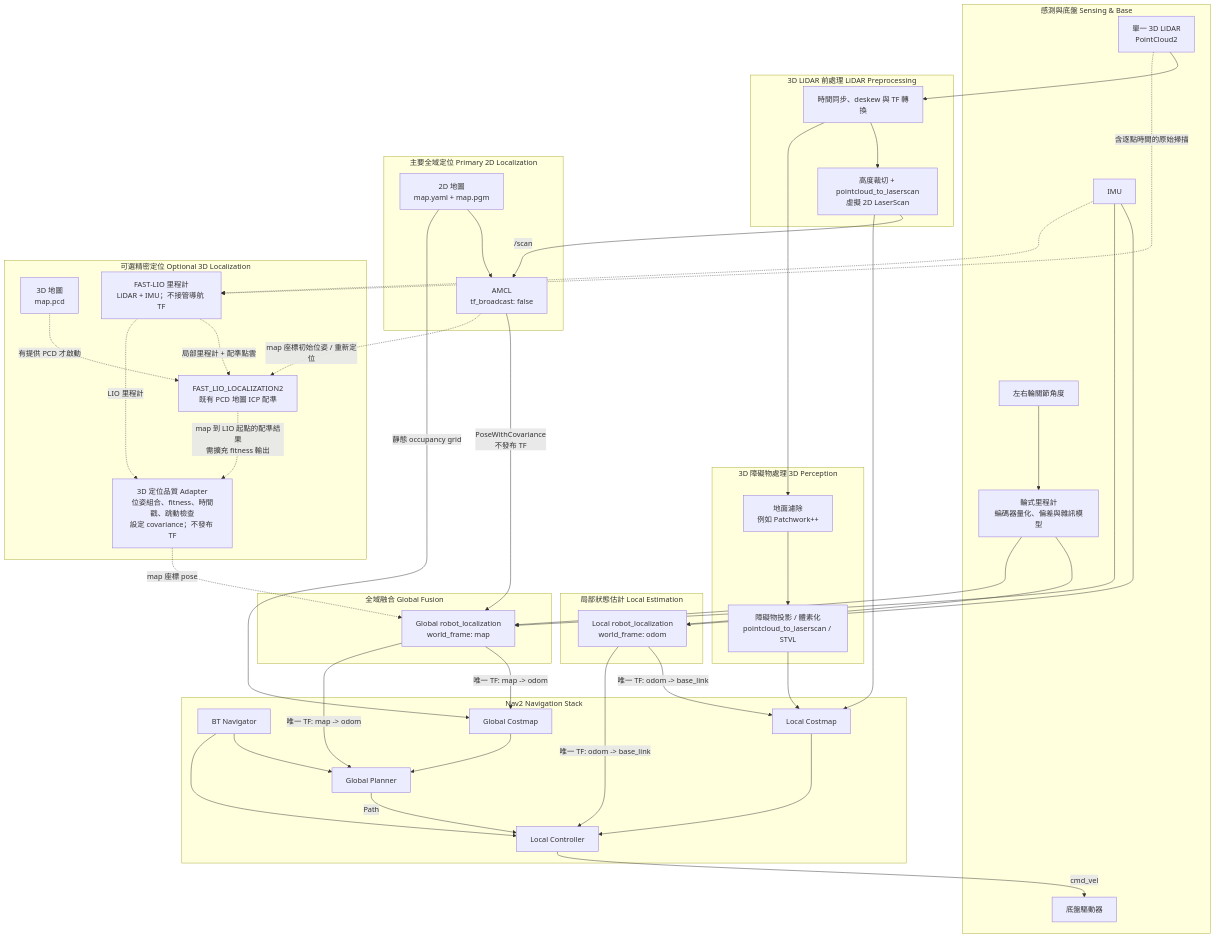
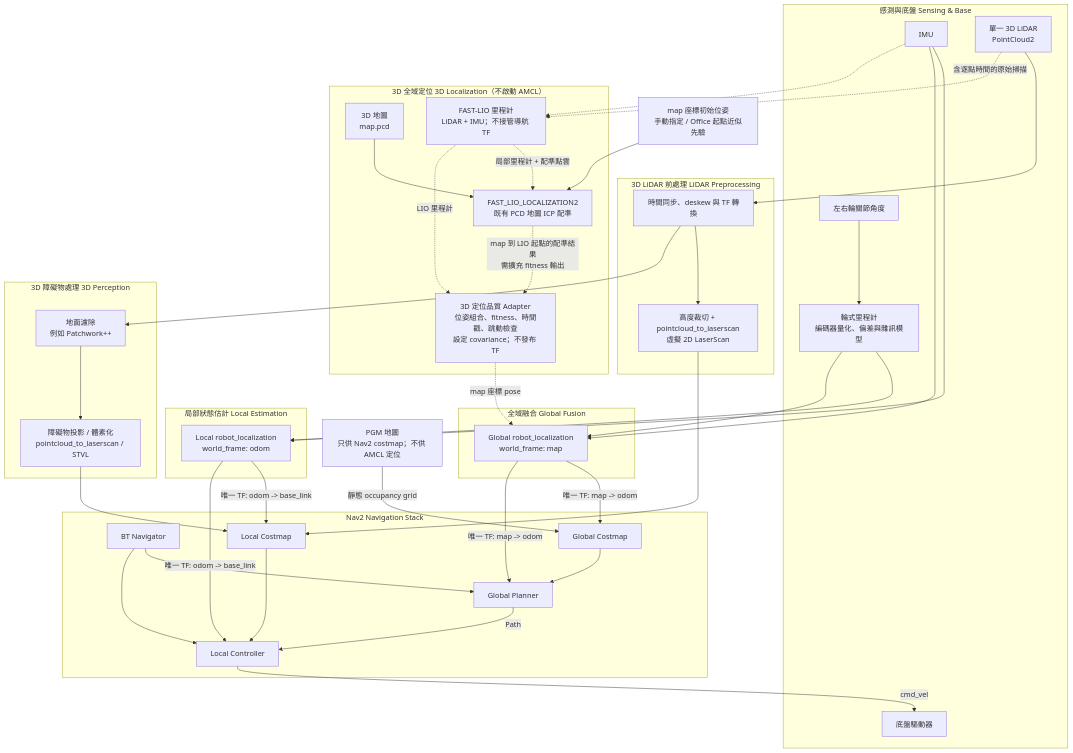
Before and after one commit to piggaycheng/isaacsim_fast-lio2-slam: the second of 2 diagrams in docs/3d_localization.md, drawn with Mermaid. The commit also changed other lines of this file and 1 other file, not shown here.

First line of the commit message:
Document separate 2D and PCD-based navigation modes

```diff
--- a/docs/3d_localization.md
+++ b/docs/3d_localization.md
@@ -42,19 +71,16 @@
         LocalEKF["Local robot_localization<br/>world_frame: odom"]
     end
 
-    %% -------------------- 2D 全域定位 --------------------
-    subgraph Localization2D ["主要全域定位 Primary 2D Localization"]
-        PGM["2D 地圖<br/>map.yaml + map.pgm"]
-        AMCL["AMCL<br/>tf_broadcast: false"]
-    end
-
-    %% -------------------- 可選 3D 全域定位 --------------------
-    subgraph Localization3D ["可選精密定位 Optional 3D Localization"]
+    %% -------------------- 3D 全域定位 --------------------
+    subgraph Localization3D ["3D 全域定位 3D Localization（不啟動 AMCL）"]
         PCD["3D 地圖<br/>map.pcd"]
         FastLIO["FAST-LIO 里程計<br/>LiDAR + IMU；不接管導航 TF"]
         FastLIOLocalization["FAST_LIO_LOCALIZATION2<br/>既有 PCD 地圖 ICP 配準"]
         FastLIOAdapter["3D 定位品質 Adapter<br/>位姿組合、fitness、時間戳、跳動檢查<br/>設定 covariance；不發布 TF"]
     end
+
+    %% -------------------- 2D 導航地圖 --------------------
+    PGM["PGM 地圖<br/>只供 Nav2 costmap；不供 AMCL 定位"]
 
     %% -------------------- 全域融合 --------------------
     subgraph GlobalFusion ["全域融合 Global Fusion"]
@@ -85,18 +111,13 @@
     LocalEKF -->|"唯一 TF: odom -> base_link"| LocalCostmap
     LocalEKF -->|"唯一 TF: odom -> base_link"| LocalController
 
-    %% AMCL 永遠作為主要全域定位
-    PGM --> AMCL
-    ScanProjection -->|"/scan"| AMCL
-    AMCL -->|"PoseWithCovariance<br/>不發布 TF"| GlobalEKF
-
-    %% 有 PCD 時才啟動的 FAST-LIO 全域定位分支
-    PCD -.->|"有提供 PCD 才啟動"| FastLIOLocalization
+    %% PCD 配準提供唯一的全域定位觀測
+    PCD --> FastLIOLocalization
     Lidar3D --> Deskew
     Lidar3D -.->|"含逐點時間的原始掃描"| FastLIO
     IMU -.-> FastLIO
     FastLIO -.->|"局部里程計 + 配準點雲"| FastLIOLocalization
-    AMCL -.->|"map 座標初始位姿 / 重新定位"| FastLIOLocalization
+    InitialPose["map 座標初始位姿<br/>手動指定 / Office 起點近似先驗"] --> FastLIOLocalization
     FastLIOLocalization -.->|"map 到 LIO 起點的配準結果<br/>需擴充 fitness 輸出"| FastLIOAdapter
     FastLIO -.->|"LIO 里程計"| FastLIOAdapter
     FastLIOAdapter -.->|"map 座標 pose"| GlobalEKF
```
